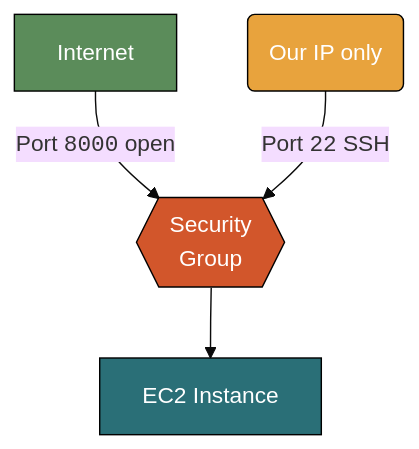
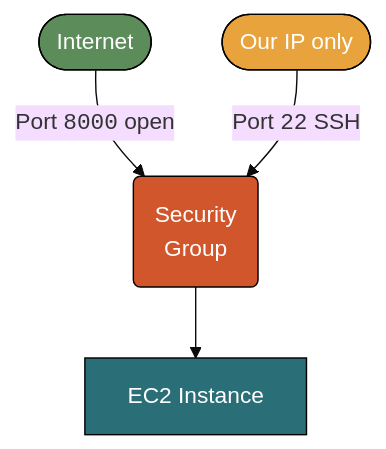
Before and after one commit to mjfrigaard/do4ds-labs: the second of 7 diagrams in aws-ec2.qmd, drawn with Mermaid. The commit also changed other lines of this file and 69 other files, not shown here.

Commit message:
style review fixes; mermaid look; lab07 model scripts and workflow deps

````diff
--- a/aws-ec2.qmd
+++ b/aws-ec2.qmd
@@ -328,18 +328,18 @@
 ```{mermaid}
 %%| fig-cap: ‘EC2 Instances’
 %%| fig-width: 7.0
 %%| fig-align: 'center'
-%%{init: {'theme': 'base', 'themeVariables': {'fontFamily': 'monospace'}}}%%
+%%{init: {'theme': 'base', 'look': 'classic', 'themeVariables': {'fontFamily': 'monospace'}}}%%
 
 graph TD
-    Internet["Internet"] -->|"Port <code>8000</code> open"| SG{{"Security<br>Group"}}
-    Us("Our IP only") -->|"Port <code>22</code> SSH"| SG
+    Internet(["Internet"]) -->|"Port <code>8000</code> open"| SG("Security<br>Group")
+    Us(["Our IP only"]) -->|"Port <code>22</code> SSH"| SG
     SG --> EC2["EC2 Instance"]
     
     style Internet fill:#5B8C5A,stroke:#000000,stroke-width:1px,color:#ffffff
     style Us fill:#E8A33D,stroke:#000000,stroke-width:1px,color:#ffffff
     style SG fill:#D2562B,stroke:#000000,stroke-width:1px,color:#ffffff
     %% style D fill:#1B2A41,stroke:#000000,stroke-width:1px,color:#ffffff
     style EC2 fill:#2A6F77,stroke:#000000,stroke-width:1px,color:#ffffff
     
 ```
````
